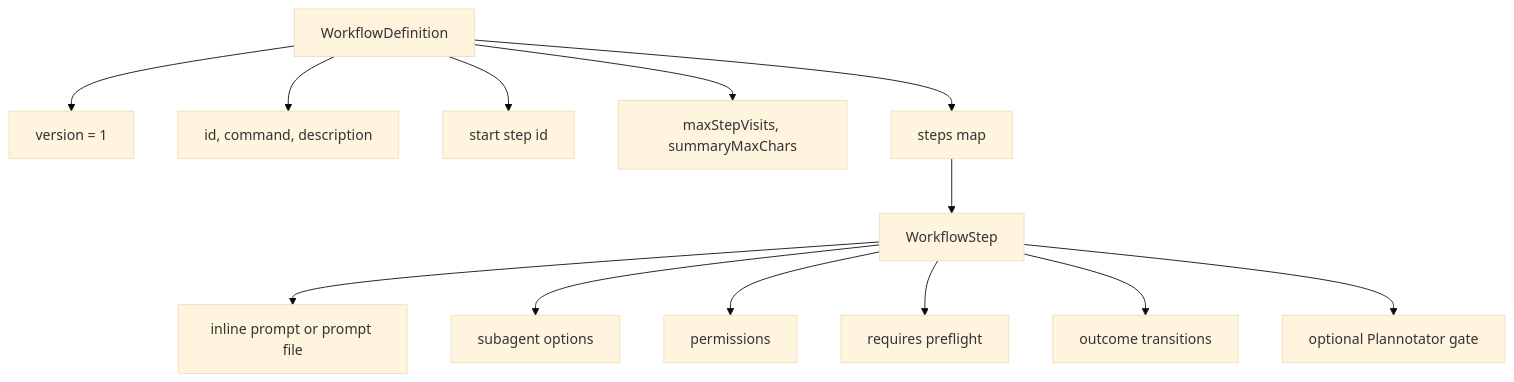
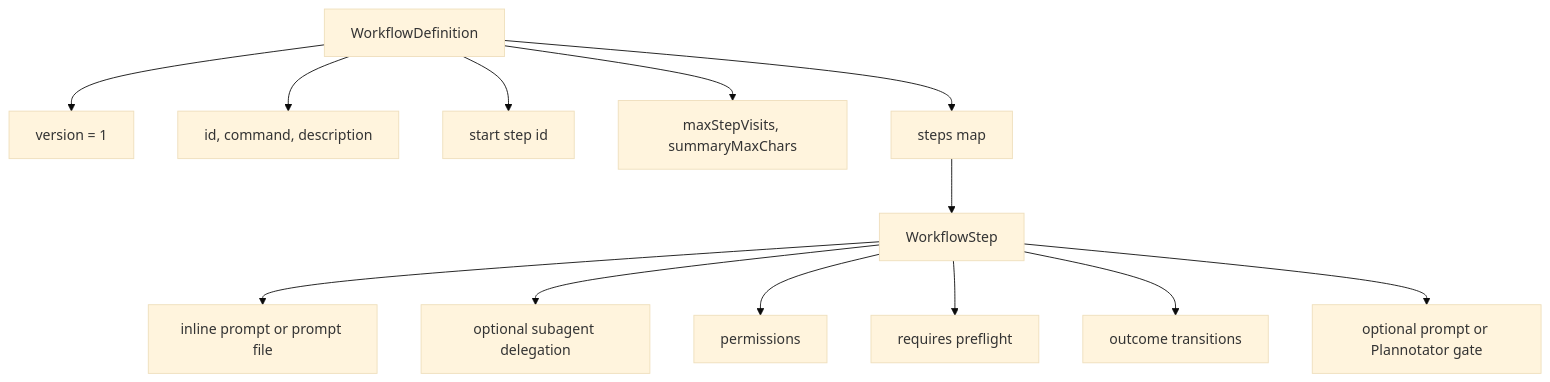
The first of 7 diagrams in openwiki/authoring/workflow-files.md (wichayutdew/pi-workflows), drawn with Mermaid (base theme) before and after one commit. The commit also changed other lines of this file and 84 other files, not shown here.

````diff
--- a/openwiki/authoring/workflow-files.md
+++ b/openwiki/authoring/workflow-files.md
@@ -5,16 +5,16 @@
 ```mermaid
 flowchart TD
   Workflow[WorkflowDefinition] --> Version[version = 1]
   Workflow --> Identity[id, command, description]
   Workflow --> Start[start step id]
   Workflow --> Limits[maxStepVisits, summaryMaxChars]
   Workflow --> Steps[steps map]
 
   Steps --> Step[WorkflowStep]
   Step --> Prompt[inline prompt or prompt file]
-  Step --> Subagent[subagent options]
+  Step --> Subagent[optional subagent delegation]
   Step --> Permissions[permissions]
   Step --> Requires[requires preflight]
   Step --> Transitions[outcome transitions]
-  Step --> Gate[optional Plannotator gate]
+  Step --> Gate[optional prompt or Plannotator gate]
 ```
````
